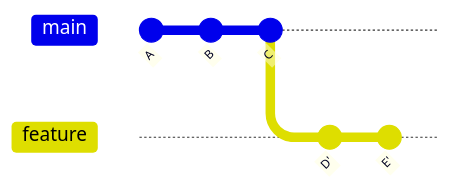
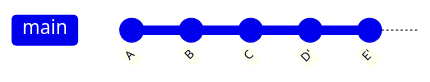
The fourth of 4 diagrams in README.md (NathanKr/git-rebase-or-merge), drawn with Mermaid before and after one commit. The commit also changed other lines of this file, not shown here.

Commit message:
Fix merge and rebase diagrams for accuracy and visual clarity

````diff
--- a/README.md
+++ b/README.md
@@ -78,9 +81,8 @@
 ```mermaid
 gitGraph
    commit id: "A"
    commit id: "B"
    commit id: "C"
-   branch feature
    commit id: "D'"
    commit id: "E'"
 ```
````
